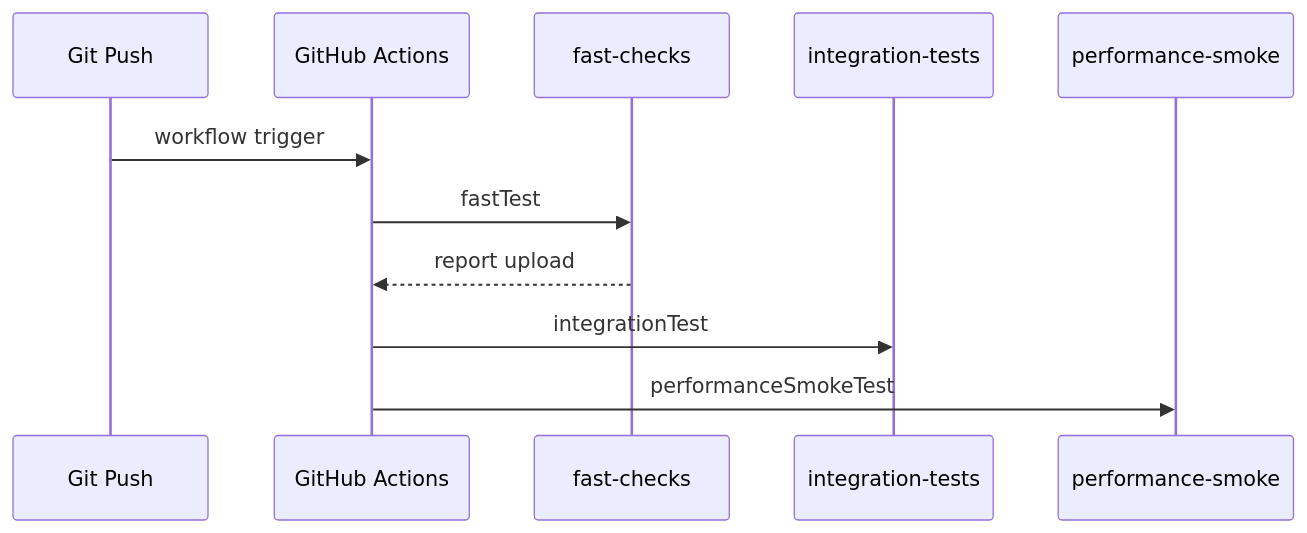
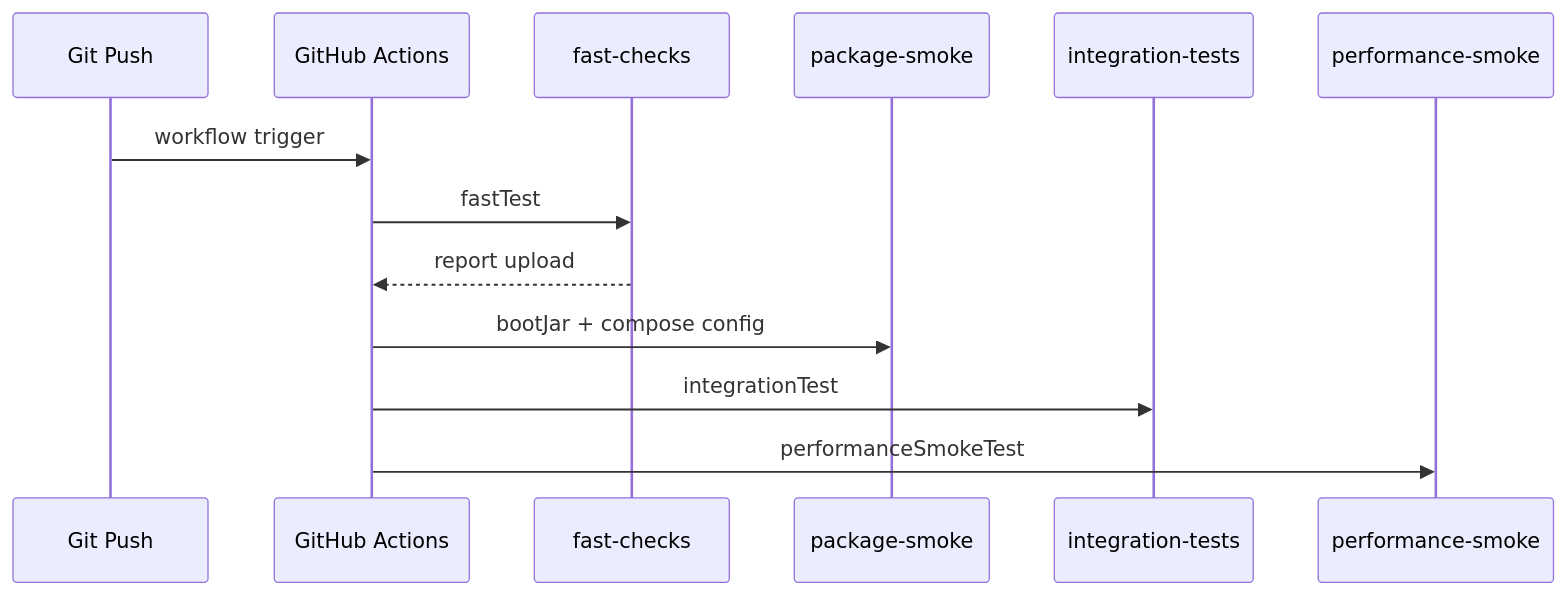
Before and after one commit to answndud/Kindergarten_ERP: the second of 2 diagrams in blog/15-github-actions-and-tagged-test-suites.md, drawn with Mermaid. The commit also changed other lines of this file and 32 other files, not shown here.

Commit message:
feat: harden outbox dispatch and package smoke contracts

````diff
--- a/blog/15-github-actions-and-tagged-test-suites.md
+++ b/blog/15-github-actions-and-tagged-test-suites.md
@@ -134,14 +138,16 @@
 ```mermaid
 sequenceDiagram
     participant Push as Git Push
     participant CI as GitHub Actions
     participant Fast as fast-checks
+    participant Package as package-smoke
     participant Int as integration-tests
     participant Perf as performance-smoke
 
     Push->>CI: workflow trigger
     CI->>Fast: fastTest
     Fast-->>CI: report upload
+    CI->>Package: bootJar + compose config
     CI->>Int: integrationTest
     CI->>Perf: performanceSmokeTest
 ```
````
